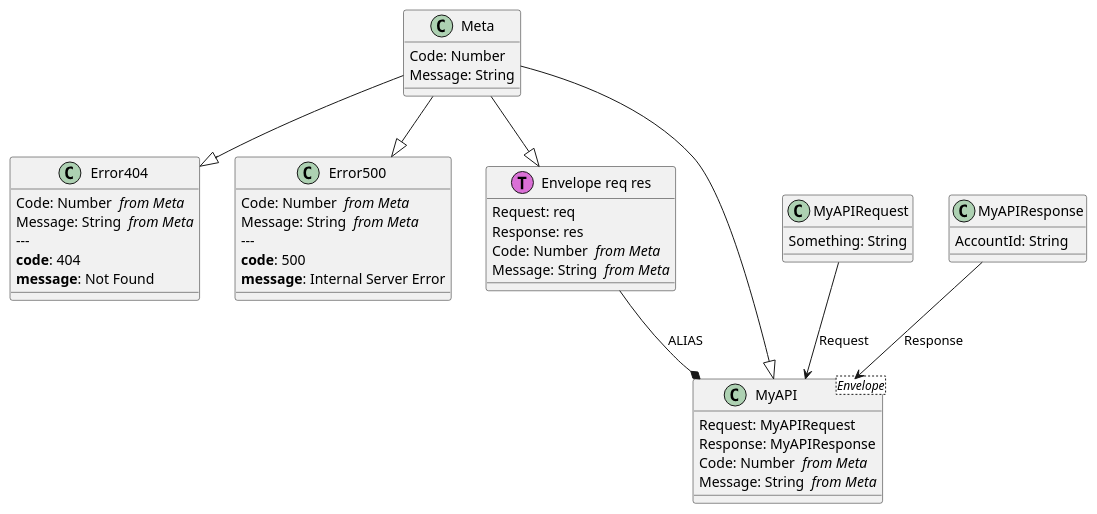
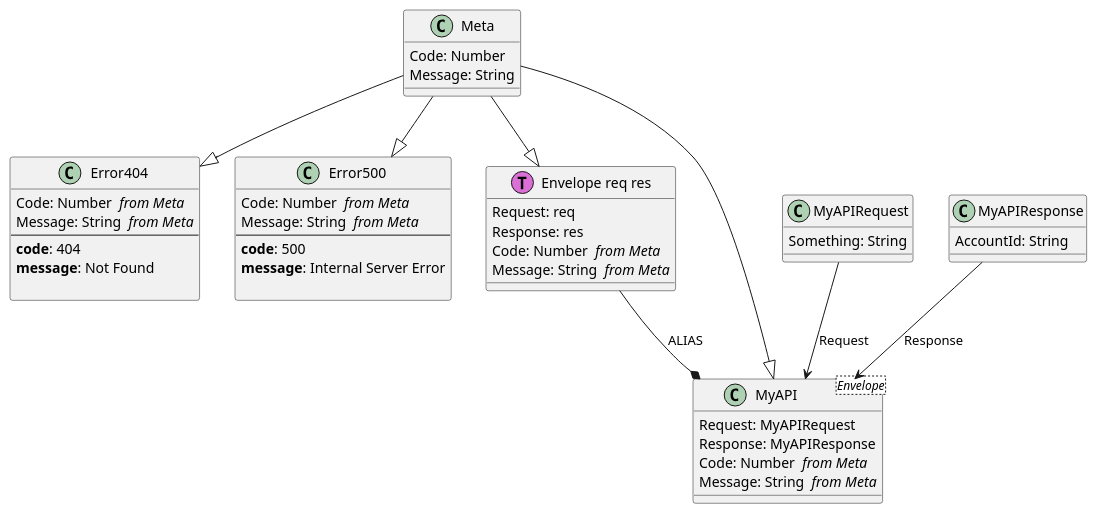
Before and after one commit to Baudin999/car-lang: the diagram in Examples/.out/APIs.API/APIs.API.puml, drawn with PlantUML. The commit also changed 13 other files, not shown here.

```diff
--- a/Examples/.out/APIs.API/APIs.API.puml
+++ b/Examples/.out/APIs.API/APIs.API.puml
@@ -1,45 +1,45 @@
 class "Meta" as Meta  {
 	Code: Number 
 	Message: String 
 }
 class "Error404 " as Error404  {
 	Code: Number  <i>from Meta</i>
 	Message: String  <i>from Meta</i>
-  ---
+--
   <b>code</b>: 404
 <b>message</b>: Not Found
     
 }
 Meta --|> Error404
 class "Error500 " as Error500  {
 	Code: Number  <i>from Meta</i>
 	Message: String  <i>from Meta</i>
-  ---
+--
   <b>code</b>: 500
 <b>message</b>: Internal Server Error
     
 }
 Meta --|> Error500
 class "Envelope req res" as Envelope << (T,orchid) >> {
 	Request: req 
 	Response: res 
 	Code: Number  <i>from Meta</i>
 	Message: String  <i>from Meta</i>
 }
 Meta --|> Envelope
 class "MyAPIRequest" as MyAPIRequest  {
 	Something: String 
 }
 class "MyAPIResponse" as MyAPIResponse  {
 	AccountId: String 
 }
 class "MyAPI " as MyAPI <Envelope> {
 	Request: MyAPIRequest 
 	Response: MyAPIResponse 
 	Code: Number  <i>from Meta</i>
 	Message: String  <i>from Meta</i>
 }
 MyAPIRequest --> MyAPI : Request
 MyAPIResponse --> MyAPI : Response
 Meta --|> MyAPI
 Envelope --* MyAPI: ALIAS
```
